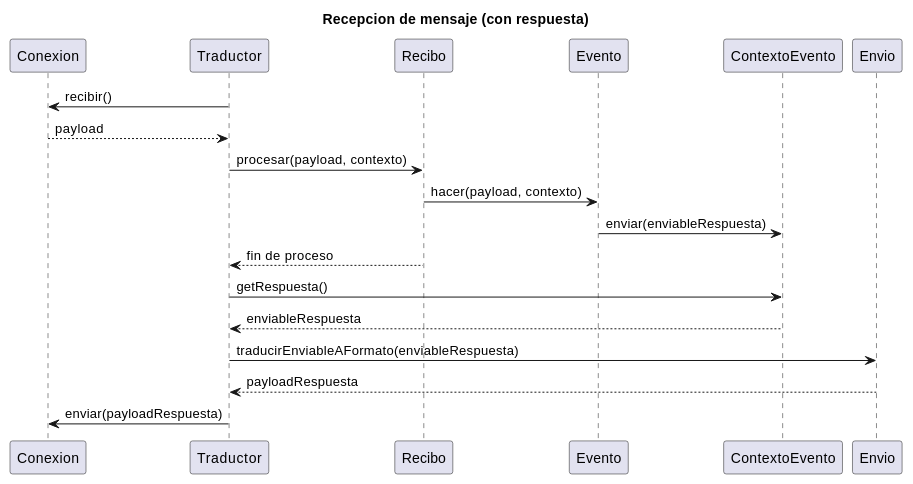
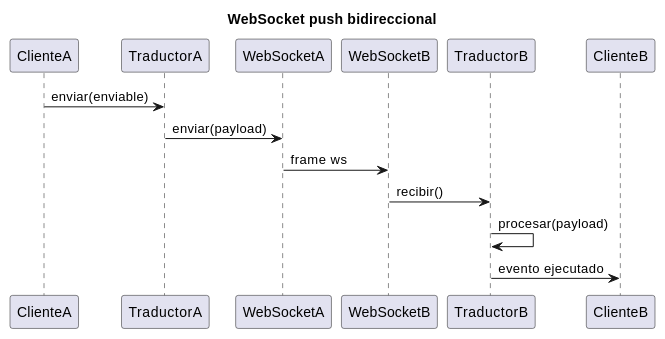
One commit to UALodv717/juegos1000tres26-odv changed the third of 5 diagrams in PrimeraVersionArquitectura.md. Above: the diagram before and after it, drawn with PlantUML. The commit also changed other lines of this file and 46 other files, not shown here.

````diff
--- a/PrimeraVersionArquitectura.md
+++ b/PrimeraVersionArquitectura.md
@@ -161,28 +222,20 @@
 ```plantuml
 @startuml
-title Recepcion de mensaje (con respuesta)
+title WebSocket push bidireccional
 
-participant Conexion
-participant Traductor
-participant Recibo
-participant Evento
-participant ContextoEvento
-participant Envio
+participant ClienteA
+participant TraductorA
+participant WebSocketA
+participant WebSocketB
+participant TraductorB
+participant ClienteB
 
-Traductor -> Conexion : recibir()
-Conexion --> Traductor : payload
-
-Traductor -> Recibo : procesar(payload, contexto)
-Recibo -> Evento : hacer(payload, contexto)
-Evento -> ContextoEvento : enviar(enviableRespuesta)
-
-Recibo --> Traductor : fin de proceso
-Traductor -> ContextoEvento : getRespuesta()
-ContextoEvento --> Traductor : enviableRespuesta
-
-Traductor -> Envio : traducirEnviableAFormato(enviableRespuesta)
-Envio --> Traductor : payloadRespuesta
-Traductor -> Conexion : enviar(payloadRespuesta)
+ClienteA -> TraductorA : enviar(enviable)
+TraductorA -> WebSocketA : enviar(payload)
+WebSocketA -> WebSocketB : frame ws
+WebSocketB -> TraductorB : recibir()
+TraductorB -> TraductorB : procesar(payload)
+TraductorB -> ClienteB : evento ejecutado
 
 @enduml
 ```
````
